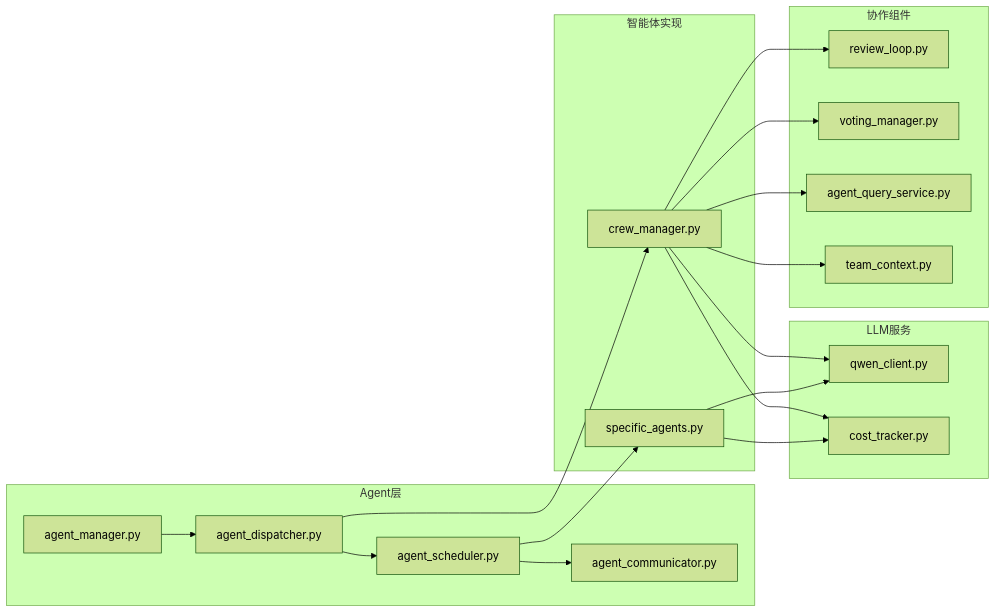
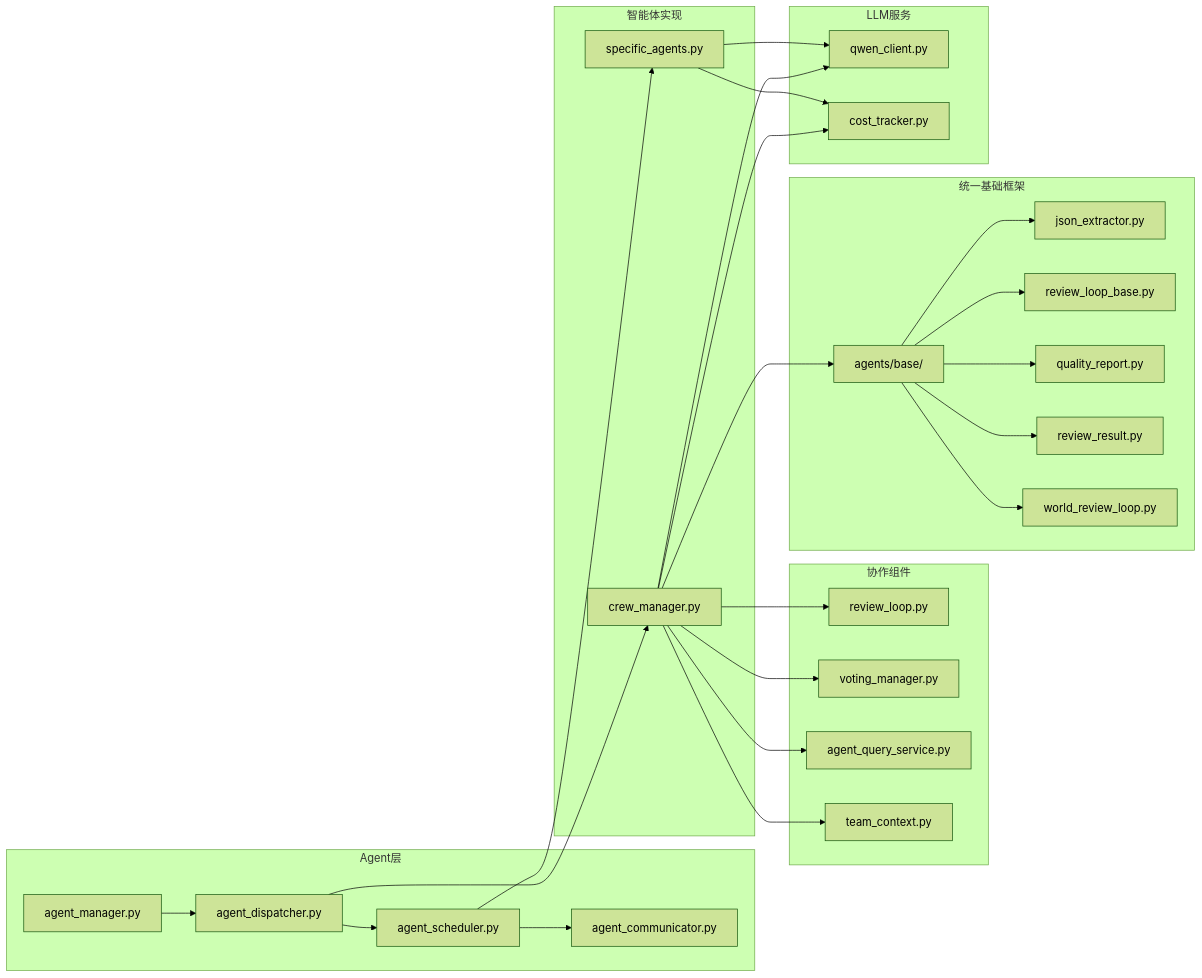
Diagram 21 of 21 in .qoder/repowiki/zh/content/AI智能体系统/Agent协作框架.md (xfbyxq/ai-novel-system), drawn with Mermaid (forest theme) before and after one commit. The commit also changed other lines of this file and 10 other files, not shown here.

````diff
--- a/.qoder/repowiki/zh/content/AI智能体系统/Agent协作框架.md
+++ b/.qoder/repowiki/zh/content/AI智能体系统/Agent协作框架.md
@@ -593,36 +942,50 @@
 ```mermaid
 graph LR
 subgraph "Agent层"
 AgentManager[agent_manager.py]
 AgentDispatcher[agent_dispatcher.py]
 AgentScheduler[agent_scheduler.py]
 AgentCommunicator[agent_communicator.py]
 end
 subgraph "智能体实现"
 SpecificAgents[specific_agents.py]
 CrewManager[crew_manager.py]
 end
 subgraph "协作组件"
 ReviewLoop[review_loop.py]
 VotingManager[voting_manager.py]
 AgentQuery[agent_query_service.py]
 TeamContext[team_context.py]
 end
+subgraph "统一基础框架"
+BaseFramework[agents/base/]
+JsonExtractor[json_extractor.py]
+ReviewLoopBase[review_loop_base.py]
+QualityReport[quality_report.py]
+ReviewResult[review_result.py]
+WorldReview[world_review_loop.py]
+end
 subgraph "LLM服务"
 QwenClient[qwen_client.py]
 CostTracker[cost_tracker.py]
 end
 AgentManager --> AgentDispatcher
 AgentDispatcher --> AgentScheduler
 AgentScheduler --> AgentCommunicator
 AgentScheduler --> SpecificAgents
 AgentDispatcher --> CrewManager
 CrewManager --> ReviewLoop
 CrewManager --> VotingManager
 CrewManager --> AgentQuery
 CrewManager --> TeamContext
+CrewManager --> BaseFramework
+BaseFramework --> JsonExtractor
+BaseFramework --> ReviewLoopBase
+BaseFramework --> QualityReport
+BaseFramework --> ReviewResult
+BaseFramework --> WorldReview
 CrewManager --> QwenClient
 CrewManager --> CostTracker
 SpecificAgents --> QwenClient
 SpecificAgents --> CostTracker
 ```
````
